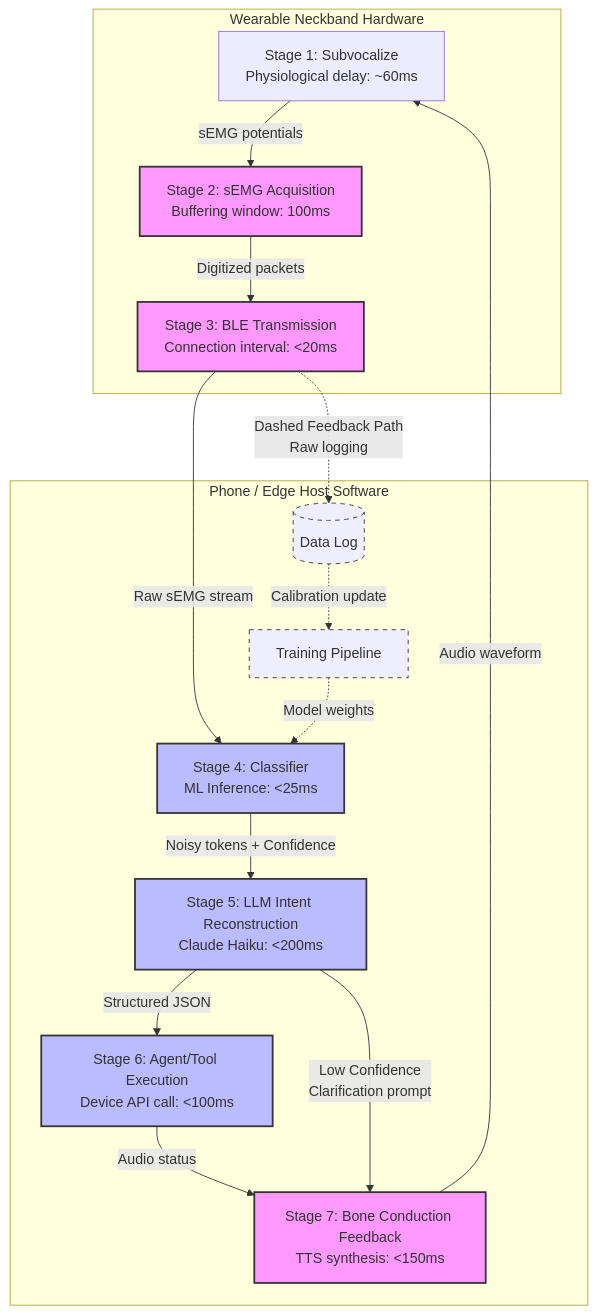
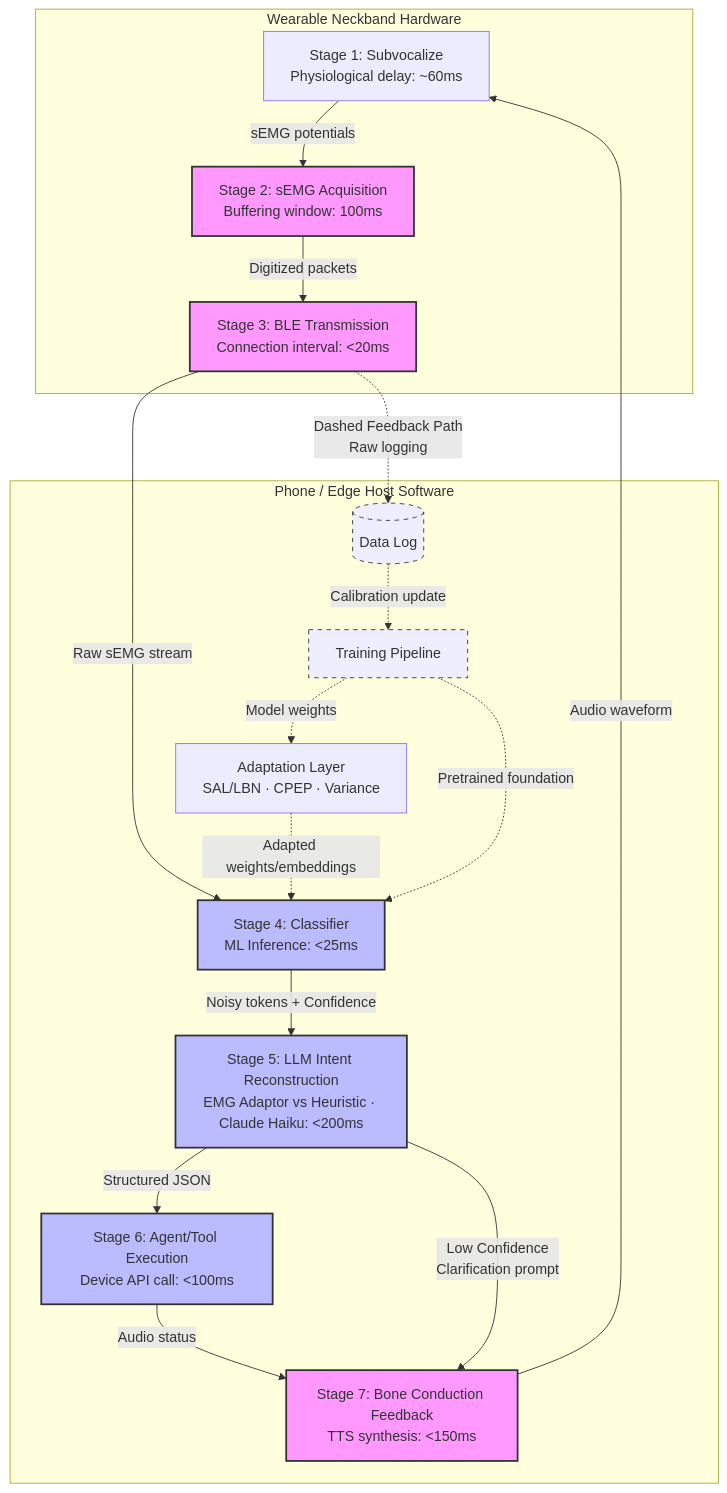
Before and after one commit to PranavKalkunte/subvocal: the diagram in docs/content/architecture.md, drawn with Mermaid. The commit also changed other lines of this file and 11 other files, not shown here.

````diff
--- a/docs/content/architecture.md
+++ b/docs/content/architecture.md
@@ -141,30 +141,32 @@
 ```mermaid
 flowchart TD
     subgraph Wearable Neckband Hardware
         A[Stage 1: Subvocalize\nPhysiological delay: ~60ms] -->|sEMG potentials| B[Stage 2: sEMG Acquisition\nBuffering window: 100ms]
         B -->|Digitized packets| C[Stage 3: BLE Transmission\nConnection interval: <20ms]
     end
 
     subgraph Phone / Edge Host Software
         C -->|Raw sEMG stream| D[Stage 4: Classifier\nML Inference: <25ms]
         C -.->|Dashed Feedback Path\nRaw logging| H[(Data Log)]
         H -.->|Calibration update| I[Training Pipeline]
-        I -.->|Model weights| D
+        I -.->|Model weights| ADAPT[Adaptation Layer\nSAL/LBN · CPEP · Variance]
+        ADAPT -.->|Adapted weights/embeddings| D
+        I -.->|Pretrained foundation| D
         
-        D -->|Noisy tokens + Confidence| E[Stage 5: LLM Intent Reconstruction\nClaude Haiku: <200ms]
+        D -->|Noisy tokens + Confidence| E[Stage 5: LLM Intent Reconstruction\nEMG Adaptor vs Heuristic · Claude Haiku: <200ms]
         E -->|Structured JSON| F[Stage 6: Agent/Tool Execution\nDevice API call: <100ms]
         F -->|Audio status| G[Stage 7: Bone Conduction Feedback\nTTS synthesis: <150ms]
         E -->|Low Confidence\nClarification prompt| G
     end
 
     G -->|Audio waveform| A
     
     style B fill:#f9f,stroke:#333,stroke-width:2px
     style C fill:#f9f,stroke:#333,stroke-width:2px
     style D fill:#bbf,stroke:#333,stroke-width:2px
     style E fill:#bbf,stroke:#333,stroke-width:2px
     style F fill:#bbf,stroke:#333,stroke-width:2px
     style G fill:#f9f,stroke:#333,stroke-width:2px
     style H fill:#eef,stroke:#333,stroke-width:1px,stroke-dasharray: 5 5
     style I fill:#eef,stroke:#333,stroke-width:1px,stroke-dasharray: 5 5
 ```
````
